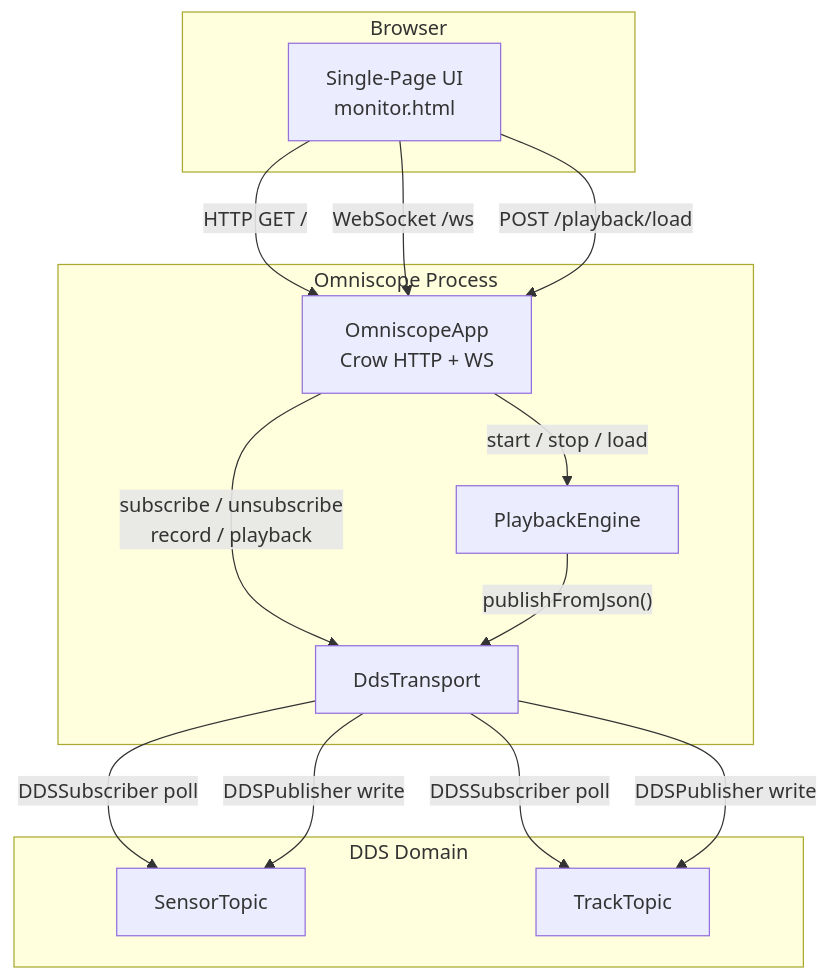
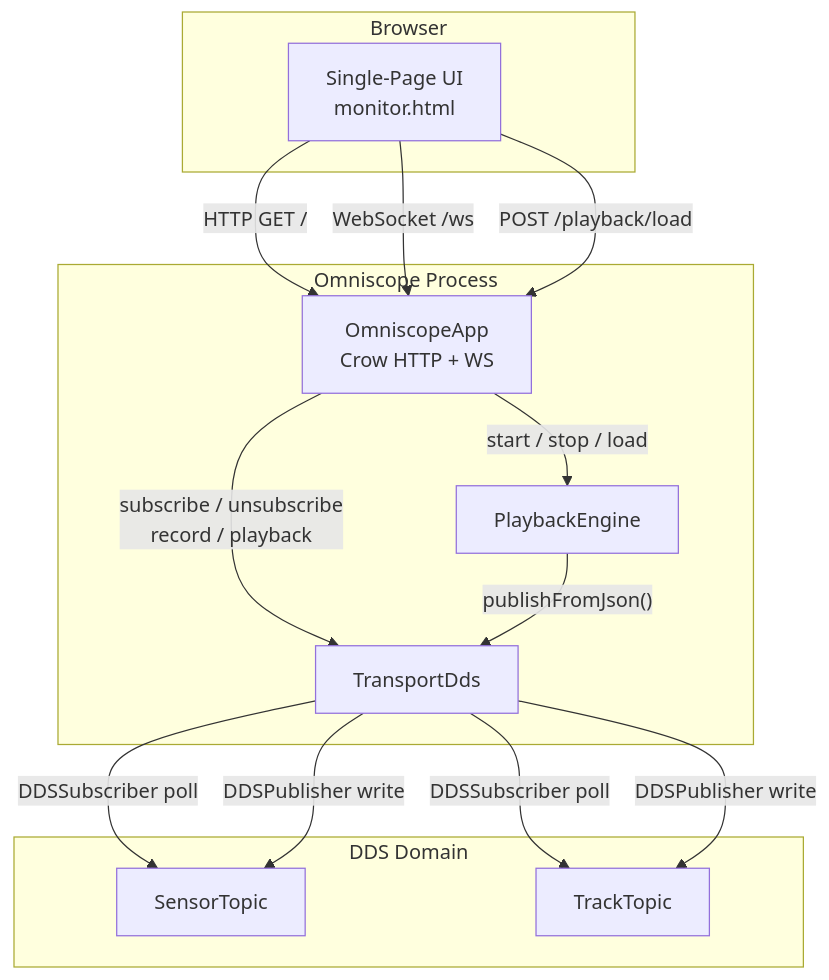
Before and after one commit to sfestenstein/StarterCpp: the first of 5 diagrams in src/apps/Omniscope/DESIGN.md, drawn with Mermaid. The commit also changed other lines of this file and 19 other files, not shown here.

````diff
--- a/src/apps/Omniscope/DESIGN.md
+++ b/src/apps/Omniscope/DESIGN.md
@@ -20,29 +20,29 @@
 ```mermaid
 graph TD
     subgraph Browser
         UI[Single-Page UI<br/>monitor.html]
     end
 
     subgraph "Omniscope Process"
         App[OmniscopeApp<br/>Crow HTTP + WS]
         PE[PlaybackEngine]
-        DT[DdsTransport]
+        DT[TransportDds]
 
         App -- "subscribe / unsubscribe<br/>record / playback" --> DT
         App -- "start / stop / load" --> PE
         PE -- "publishFromJson()" --> DT
     end
 
     subgraph "DDS Domain"
         SP[SensorTopic]
         TP[TrackTopic]
     end
 
     UI -- "HTTP GET /" --> App
     UI -- "WebSocket /ws" --> App
     UI -- "POST /playback/load" --> App
     DT -- "DDSSubscriber poll" --> SP
     DT -- "DDSSubscriber poll" --> TP
     DT -- "DDSPublisher write" --> SP
     DT -- "DDSPublisher write" --> TP
 ```
````
